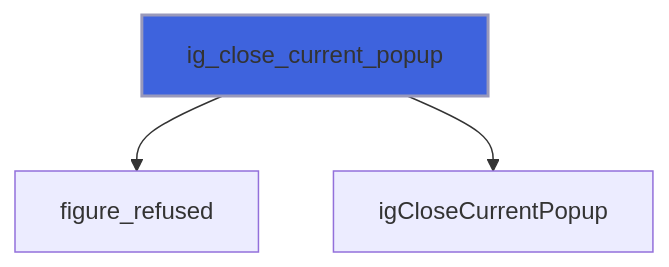
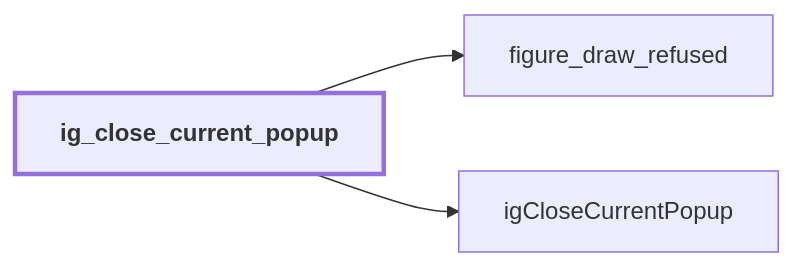
The eighth of 16 diagrams in docs/api/src/lib/figure_menu.md (szaghi/figure), drawn with Mermaid before and after one commit. The commit also changed other lines of this file and 54 other files, not shown here.

````diff
--- a/docs/api/src/lib/figure_menu.md
+++ b/docs/api/src/lib/figure_menu.md
@@ -166,6 +237,9 @@
 ```mermaid
-flowchart TD
-  ig_close_current_popup["ig_close_current_popup"] --> figure_refused["figure_refused"]
+flowchart LR
+  ig_close_current_popup["ig_close_current_popup"] --> figure_draw_refused["figure_draw_refused"]
   ig_close_current_popup["ig_close_current_popup"] --> igCloseCurrentPopup["igCloseCurrentPopup"]
-  style ig_close_current_popup fill:#3e63dd,stroke:#99b,stroke-width:2px
+  classDef focus stroke-width:3px,font-weight:bold
+  class ig_close_current_popup focus
+  click figure_draw_refused href "figure_base.html#figure-draw-refused" "figure_draw_refused"
+  click igCloseCurrentPopup href "figure_cimgui.html#igclosecurrentpopup" "igCloseCurrentPopup"
 ```
````
